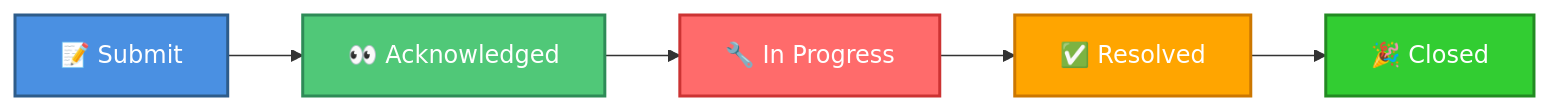
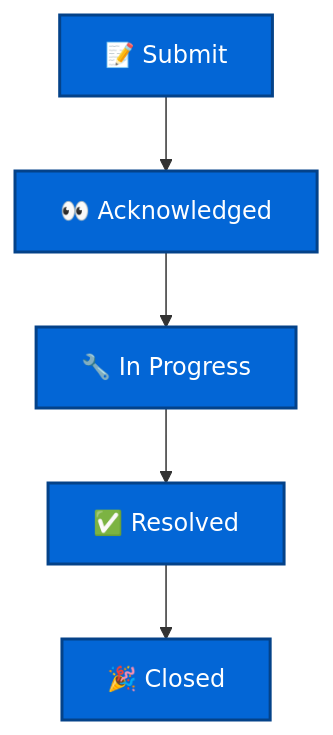
Before and after one commit to deng-group/helpdesk: the diagram in README.md, drawn with Mermaid.

Commit message:
Refactor flowchart styles in README for visual consistency

````diff
--- a/README.md
+++ b/README.md
@@ -29,13 +29,13 @@
 ```mermaid
-flowchart LR
+flowchart TD
     A["📝 Submit"] --> B["👀 Acknowledged"]
     B --> C["🔧 In Progress"]
     C --> D["✅ Resolved"]
     D --> E["🎉 Closed"]
 
-    style A fill:#4A90E2,stroke:#2E5C8A,stroke-width:2px,color:#fff
-    style B fill:#50C878,stroke:#2E8B57,stroke-width:2px,color:#fff
-    style C fill:#FF6B6B,stroke:#CC3333,stroke-width:2px,color:#fff
-    style D fill:#FFA500,stroke:#CC7700,stroke-width:2px,color:#fff
-    style E fill:#32CD32,stroke:#228B22,stroke-width:2px,color:#fff
+    style A fill:#0366d6,stroke:#044289,stroke-width:2px,color:#fff
+    style B fill:#0366d6,stroke:#044289,stroke-width:2px,color:#fff
+    style C fill:#0366d6,stroke:#044289,stroke-width:2px,color:#fff
+    style D fill:#0366d6,stroke:#044289,stroke-width:2px,color:#fff
+    style E fill:#0366d6,stroke:#044289,stroke-width:2px,color:#fff
 ```
````
